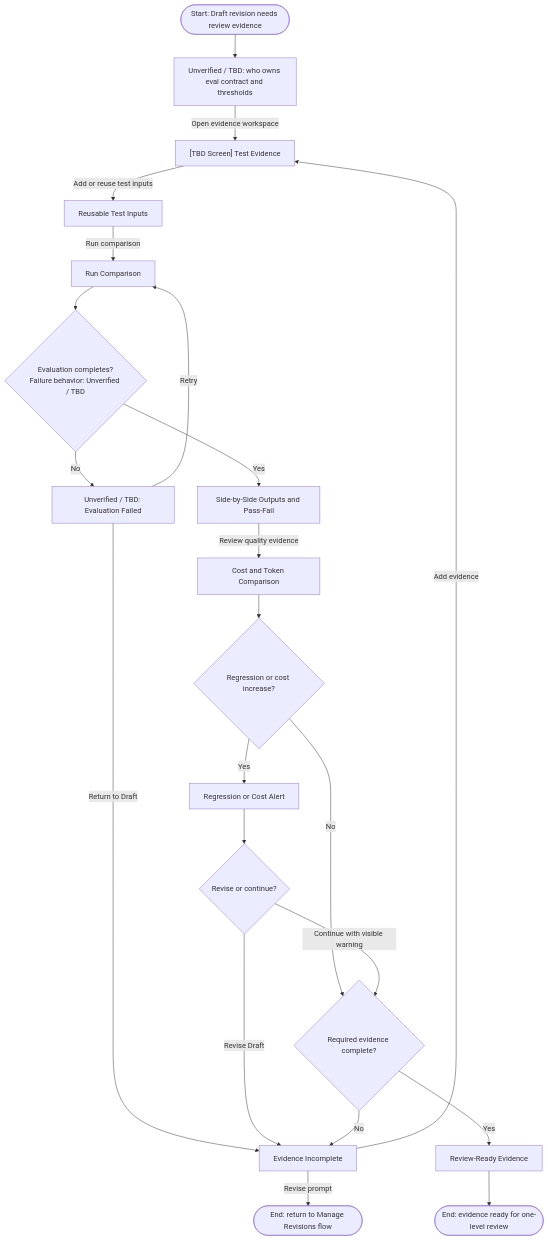
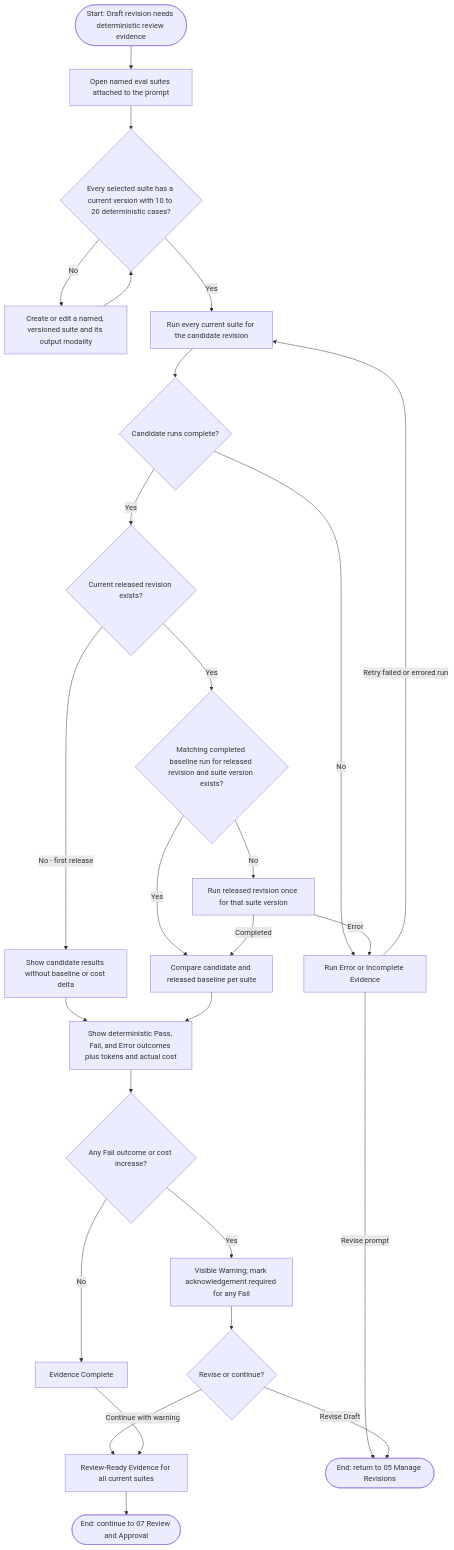
The diagram in docs/user-flows/06-prepare-evaluation-evidence.mmd (ngohuunghia-123/Prope_Prompt_Versioning), drawn with Mermaid before and after one commit. The commit also changed 9 other files, not shown here.

```diff
--- a/docs/user-flows/06-prepare-evaluation-evidence.mmd
+++ b/docs/user-flows/06-prepare-evaluation-evidence.mmd
@@ -1,42 +1,54 @@
 flowchart TD
-    %% Sources: prope_source_of_truth.md S5, S9, H-03, Release 2, open questions; business-analysis.md FR-05/FR-08/NFR-04.
+    %% Sources: brainstorm/00_context.md Scope and Success, A-053, A-057, A-059, A-060,
+    %% ADR-0004, ADR-0005 and ADR-0006.
 
-    start([Start: Draft revision needs review evidence])
-    actor_tbd[Unverified / TBD: who owns eval contract and thresholds]
-    evidence["[TBD Screen] Test Evidence"]
-    inputs[Reusable Test Inputs]
-    run[Run Comparison]
-    run_ok{Evaluation completes?\nFailure behavior: Unverified / TBD}
-    failed[Unverified / TBD: Evaluation Failed]
-    results[Side-by-Side Outputs and Pass-Fail]
-    cost[Cost and Token Comparison]
-    regression{Regression or cost increase?}
-    alert[Regression or Cost Alert]
+    start([Start: Draft revision needs deterministic review evidence])
+    suites[Open named eval suites attached to the prompt]
+    suite_ready{Every selected suite has a current version with 10 to 20 deterministic cases?}
+    author[Create or edit a named, versioned suite and its output modality]
+    submit[Run every current suite for the candidate revision]
+    candidate{Candidate runs complete?}
+    run_error[Run Error or Incomplete Evidence]
+    baseline{Current released revision exists?}
+    reuse{Matching completed baseline run for released revision and suite version exists?}
+    baseline_run[Run released revision once for that suite version]
+    absolute[Show candidate results without baseline or cost delta]
+    compare[Compare candidate and released baseline per suite]
+    outcomes[Show deterministic Pass, Fail, and Error outcomes plus tokens and actual cost]
+    warning{Any Fail outcome or cost increase?}
+    clean[Evidence Complete]
+    warned[Visible Warning; mark acknowledgement required for any Fail]
     action{Revise or continue?}
-    complete{Required evidence complete?}
-    incomplete[Evidence Incomplete]
-    ready[Review-Ready Evidence]
-    review_ready_end([End: evidence ready for one-level review])
-    end_revise([End: return to Manage Revisions flow])
+    ready[Review-Ready Evidence for all current suites]
+    review_handoff([End: continue to 07 Review and Approval])
+    revision_handoff([End: return to 05 Manage Revisions])
 
-    start --> actor_tbd
-    actor_tbd -->|Open evidence workspace| evidence
-    evidence -->|Add or reuse test inputs| inputs
-    inputs -->|Run comparison| run
-    run --> run_ok
-    run_ok -->|No| failed
-    failed -->|Retry| run
-    failed -->|Return to Draft| incomplete
-    run_ok -->|Yes| results
-    results -->|Review quality evidence| cost
-    cost --> regression
-    regression -->|No| complete
-    regression -->|Yes| alert
-    alert --> action
-    action -->|Revise Draft| incomplete
-    action -->|Continue with visible warning| complete
-    complete -->|No| incomplete
-    incomplete -->|Add evidence| evidence
-    incomplete -->|Revise prompt| end_revise
-    complete -->|Yes| ready
-    ready --> review_ready_end
+    start --> suites
+    suites --> suite_ready
+    suite_ready -->|No| author
+    author --> suite_ready
+    suite_ready -->|Yes| submit
+    submit --> candidate
+    candidate -->|No| run_error
+    run_error -->|Retry failed or errored run| submit
+    run_error -->|Revise prompt| revision_handoff
+    candidate -->|Yes| baseline
+    baseline -->|No - first release| absolute
+    baseline -->|Yes| reuse
+    reuse -->|Yes| compare
+    reuse -->|No| baseline_run
+    baseline_run -->|Completed| compare
+    baseline_run -->|Error| run_error
+    absolute --> outcomes
+    compare --> outcomes
+    outcomes --> warning
+    warning -->|No| clean
+    warning -->|Yes| warned
+    warned --> action
+    action -->|Revise Draft| revision_handoff
+    action -->|Continue with warning| ready
+    clean --> ready
+    ready --> review_handoff
+
+    %% A Fail never hard-blocks approval or release, but approval requires a one-line acknowledgement.
+    %% Cost increase is warn-only. Error is not Fail; incomplete suites do not produce a pass.
```
